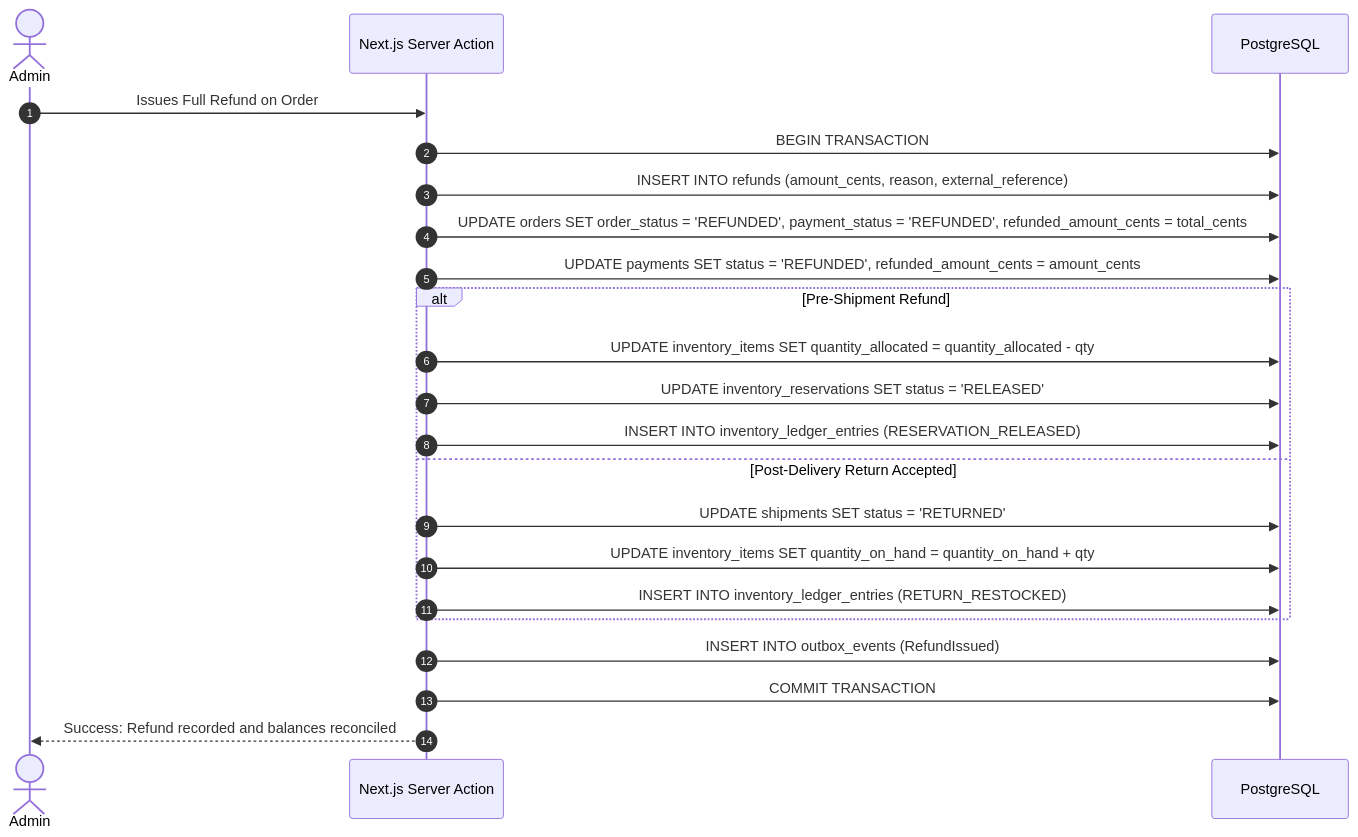
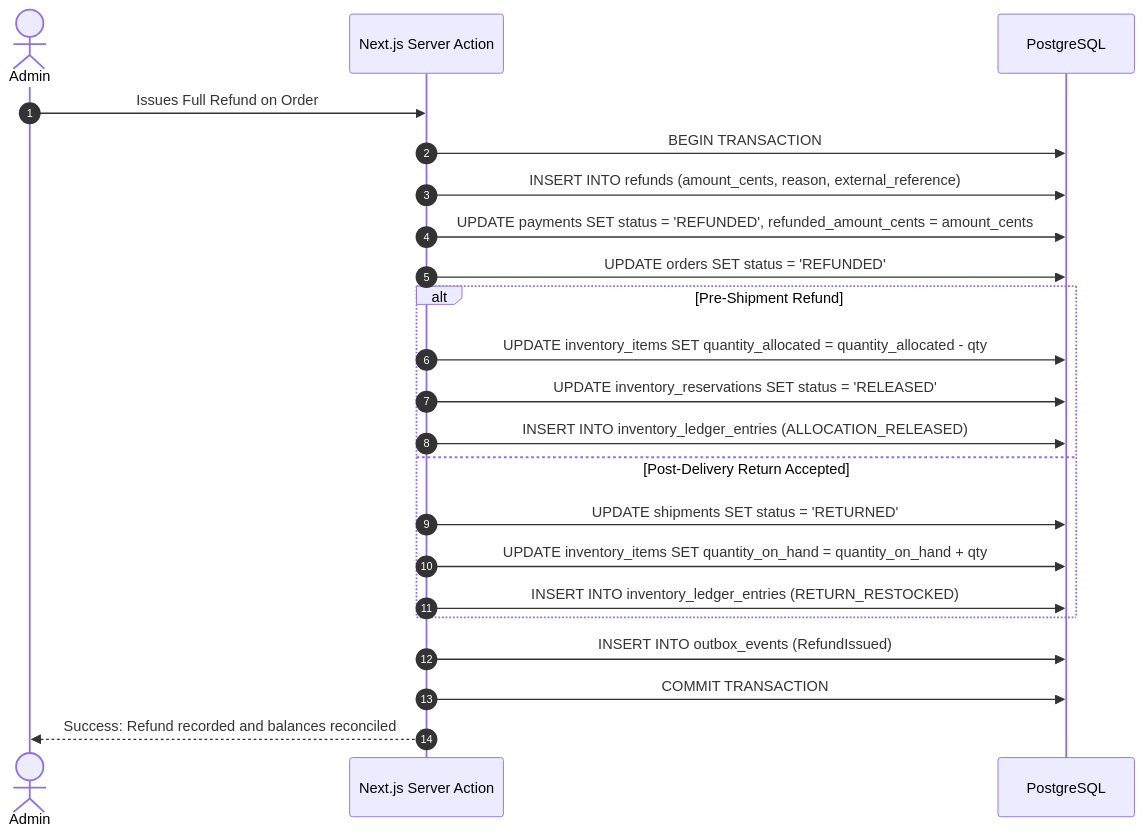
Before and after one commit to SaeBryxn/GamerPeru-Vercel: diagram 13 of 15 in docs/architecture/COMMERCE_DOMAIN_MODEL.md, drawn with Mermaid. The commit also changed other lines of this file, not shown here.

````diff
--- a/docs/architecture/COMMERCE_DOMAIN_MODEL.md
+++ b/docs/architecture/COMMERCE_DOMAIN_MODEL.md
@@ -1342,25 +1381,25 @@
 ```mermaid
 sequenceDiagram
     autonumber
     actor Admin
     participant App as Next.js Server Action
     participant DB as PostgreSQL
 
     Admin->>App: Issues Full Refund on Order
     App->>DB: BEGIN TRANSACTION
     App->>DB: INSERT INTO refunds (amount_cents, reason, external_reference)
-    App->>DB: UPDATE orders SET order_status = 'REFUNDED', payment_status = 'REFUNDED', refunded_amount_cents = total_cents
     App->>DB: UPDATE payments SET status = 'REFUNDED', refunded_amount_cents = amount_cents
+    App->>DB: UPDATE orders SET status = 'REFUNDED'
     alt Pre-Shipment Refund
         App->>DB: UPDATE inventory_items SET quantity_allocated = quantity_allocated - qty
         App->>DB: UPDATE inventory_reservations SET status = 'RELEASED'
-        App->>DB: INSERT INTO inventory_ledger_entries (RESERVATION_RELEASED)
+        App->>DB: INSERT INTO inventory_ledger_entries (ALLOCATION_RELEASED)
     else Post-Delivery Return Accepted
         App->>DB: UPDATE shipments SET status = 'RETURNED'
         App->>DB: UPDATE inventory_items SET quantity_on_hand = quantity_on_hand + qty
         App->>DB: INSERT INTO inventory_ledger_entries (RETURN_RESTOCKED)
     end
     App->>DB: INSERT INTO outbox_events (RefundIssued)
     App->>DB: COMMIT TRANSACTION
     App-->>Admin: Success: Refund recorded and balances reconciled
 ```
````
